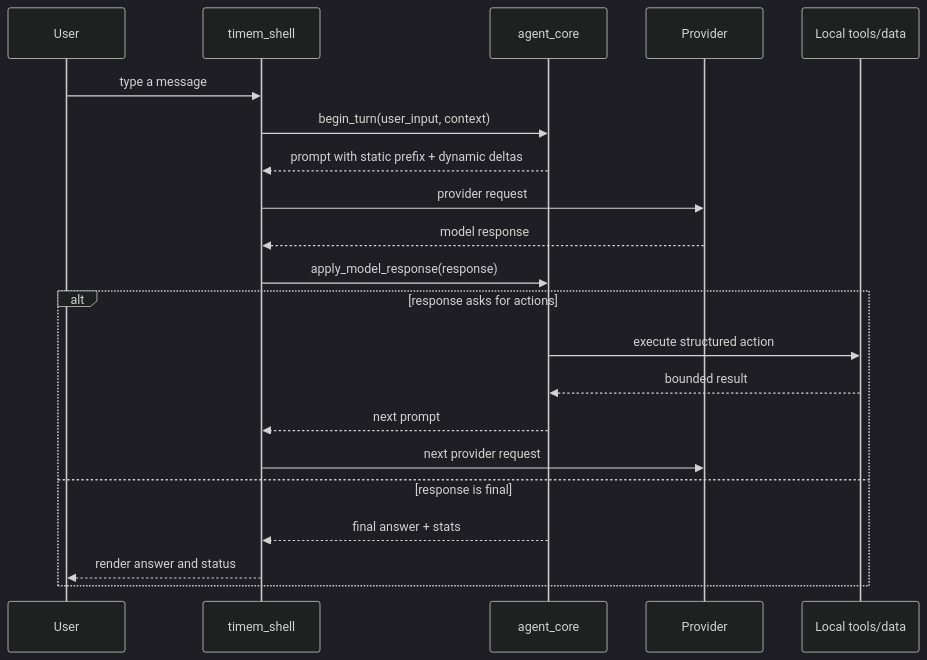
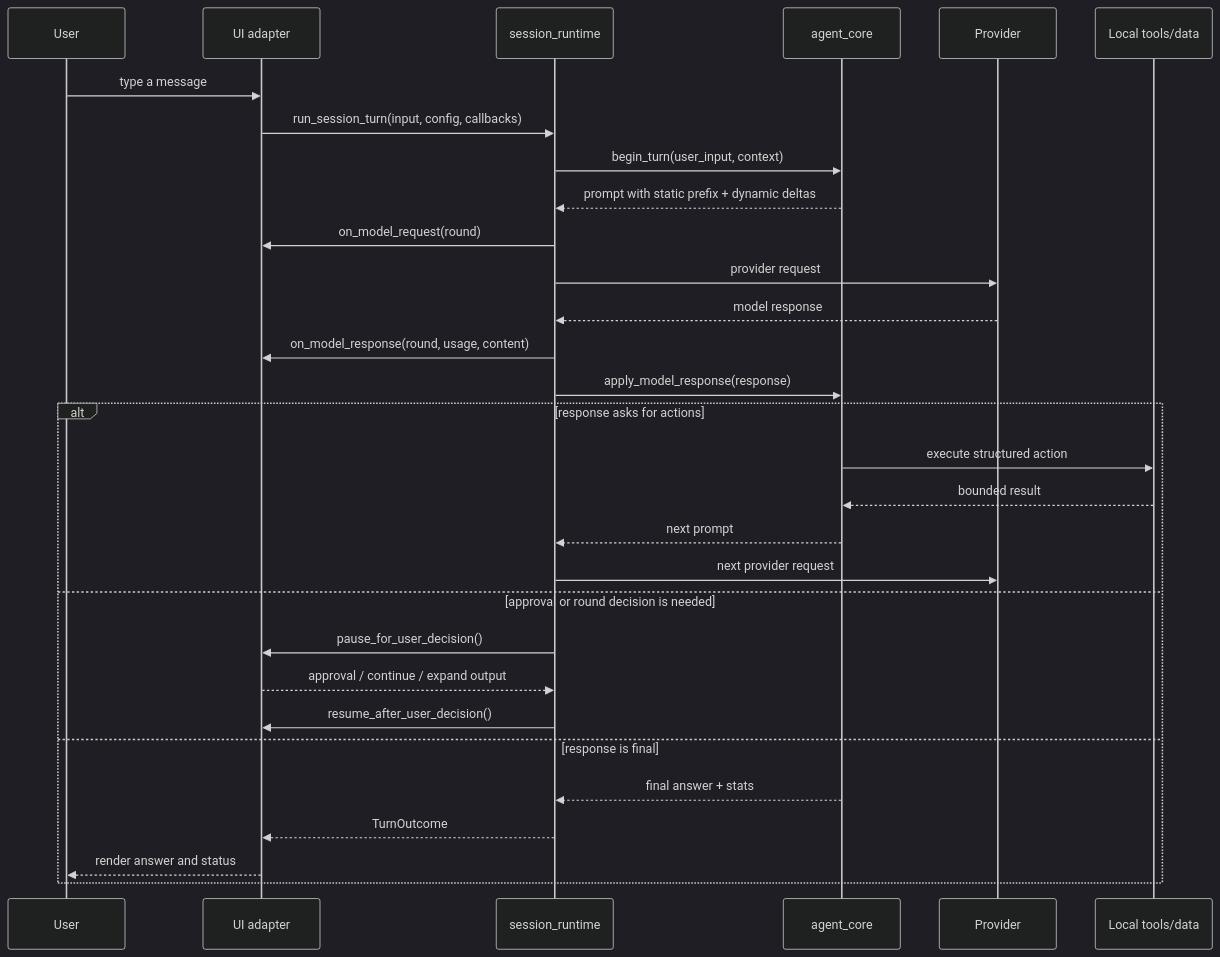
Before and after one commit to moliam/TimemAi: the second of 4 diagrams in docs/architecture.md, drawn with Mermaid (dark theme). The commit also changed other lines of this file and 3 other files, not shown here.

Commit message:
refactor(shell): extract UI-neutral session runtime

````diff
--- a/docs/architecture.md
+++ b/docs/architecture.md
@@ -71,24 +80,33 @@
 ```mermaid
 sequenceDiagram
     participant U as User
-    participant S as timem_shell
+    participant UI as UI adapter
+    participant R as session_runtime
     participant C as agent_core
     participant P as Provider
     participant T as Local tools/data
 
-    U->>S: type a message
-    S->>C: begin_turn(user_input, context)
-    C-->>S: prompt with static prefix + dynamic deltas
-    S->>P: provider request
-    P-->>S: model response
-    S->>C: apply_model_response(response)
+    U->>UI: type a message
+    UI->>R: run_session_turn(input, config, callbacks)
+    R->>C: begin_turn(user_input, context)
+    C-->>R: prompt with static prefix + dynamic deltas
+    R->>UI: on_model_request(round)
+    R->>P: provider request
+    P-->>R: model response
+    R->>UI: on_model_response(round, usage, content)
+    R->>C: apply_model_response(response)
     alt response asks for actions
         C->>T: execute structured action
         T-->>C: bounded result
-        C-->>S: next prompt
-        S->>P: next provider request
+        C-->>R: next prompt
+        R->>P: next provider request
+    else approval or round decision is needed
+        R->>UI: pause_for_user_decision()
+        UI-->>R: approval / continue / expand output
+        R->>UI: resume_after_user_decision()
     else response is final
-        C-->>S: final answer + stats
-        S-->>U: render answer and status
+        C-->>R: final answer + stats
+        R-->>UI: TurnOutcome
+        UI-->>U: render answer and status
     end
 ```
````
